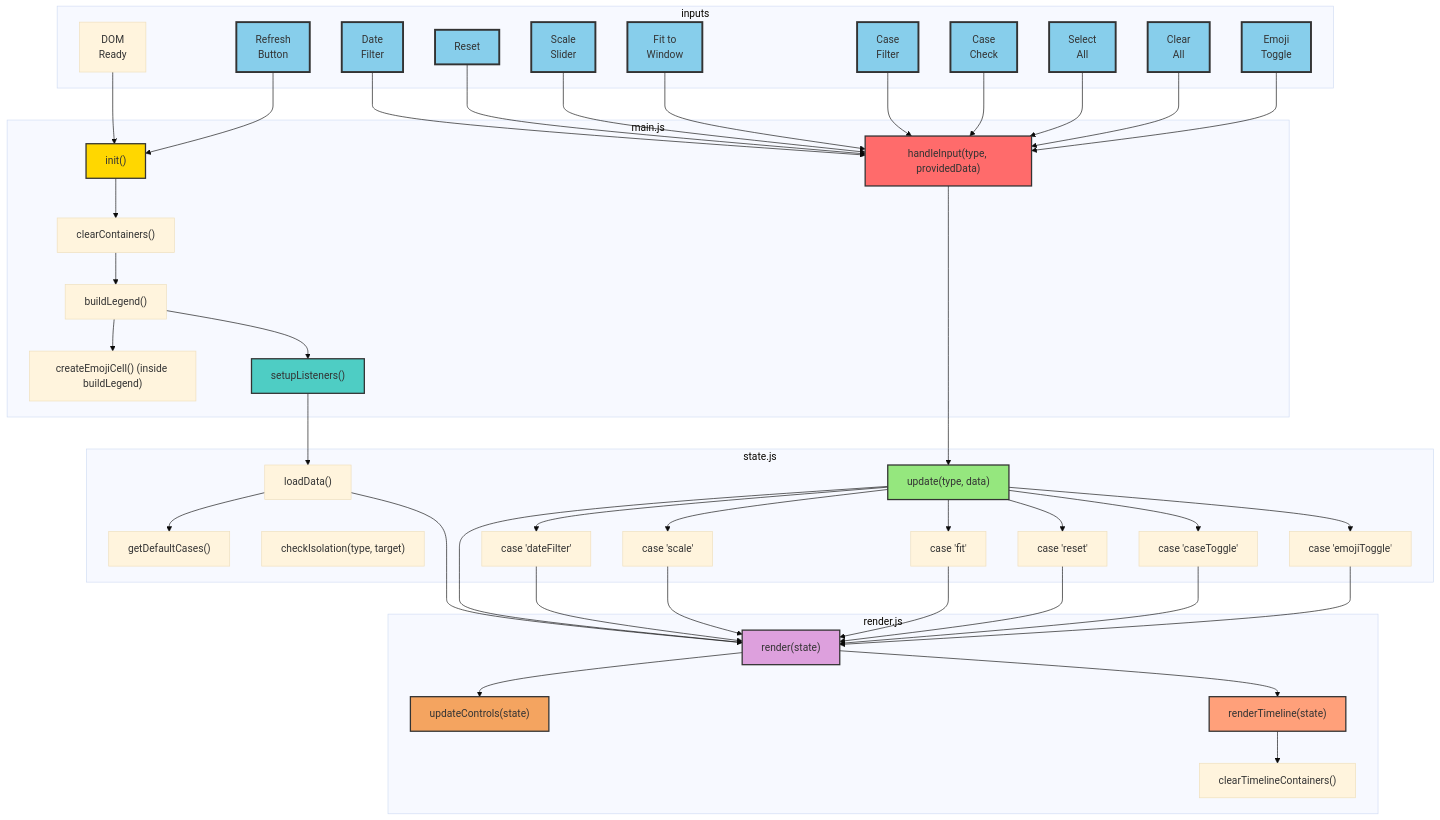
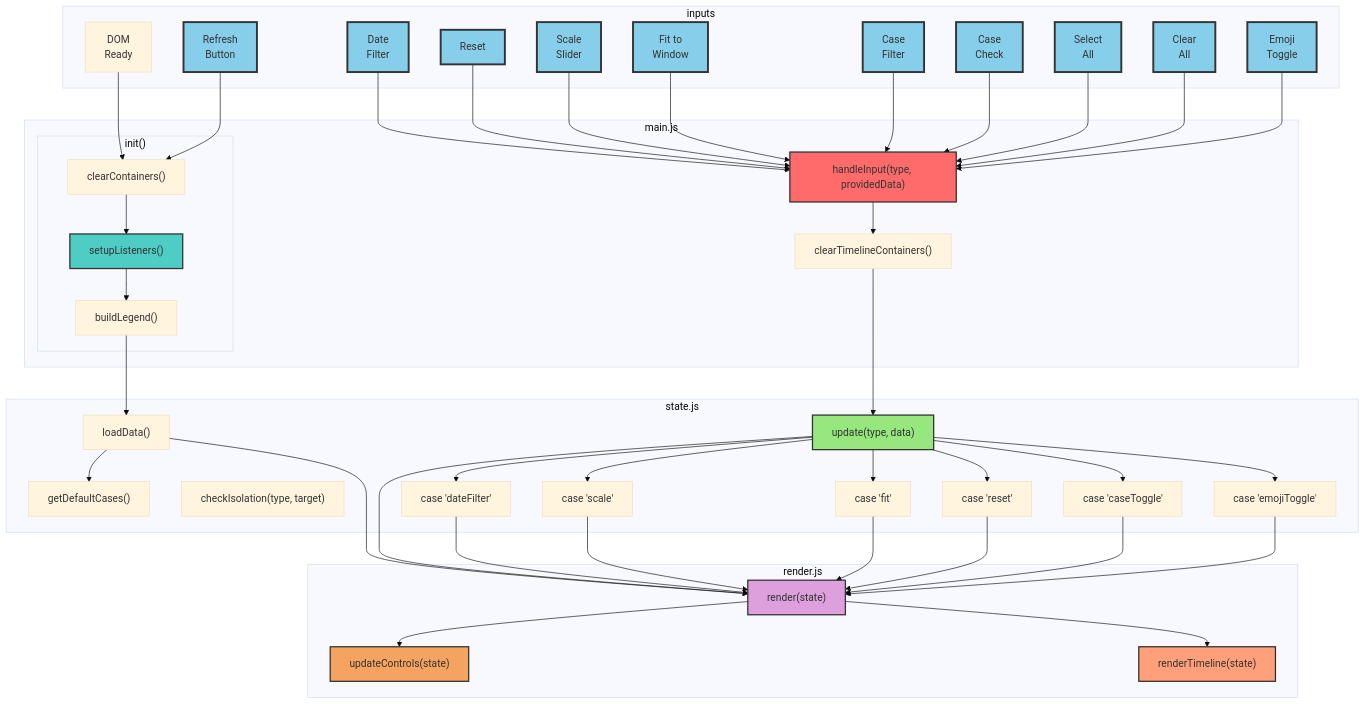
Before and after one commit to tdemelle-SiP/bakers_pond: the diagram in Resources/js-v2/architecture.md, drawn with Mermaid (base theme). The commit also changed 10 other files, not shown here.

Commit message:
timeline works

```diff
--- a/Resources/js-v2/architecture.md
+++ b/Resources/js-v2/architecture.md
@@ -22,11 +22,12 @@
     end
     
     subgraph "main.js"
-        init["init()"]:::initStyle
-        buildLegend["buildLegend()"]
-        createEmojiCell["createEmojiCell() (inside buildLegend)"]
-        clearContainers["clearContainers()"]
-        setupListeners["setupListeners()"]:::setupStyle
+        subgraph "init()"
+            clearContainers["clearContainers()"]
+            setupListeners["setupListeners()"]:::setupStyle
+            buildLegend["buildLegend()"]
+        end
+        clearTimelineContainers["clearTimelineContainers()"]
         handleInput["handleInput(type, providedData)"]:::handleInputStyle
     end
     
@@ -47,12 +48,11 @@
         render["render(state)"]:::renderStyle
         updateControls["updateControls(state)"]:::updateControlsStyle
         renderTimeline["renderTimeline(state)"]:::renderTimelineStyle
-        clearTimelineContainers["clearTimelineContainers()"]
     end
     
     %% Input connections
-    DOM --> init
-    RefreshBtn --> init
+    DOM --> clearContainers
+    RefreshBtn --> clearContainers
     DateFilterBtn --> handleInput
     ResetBtn --> handleInput
     ScaleSlider --> handleInput
@@ -63,13 +63,14 @@
     ClearAllBtn --> handleInput
     EmojiCheckbox --> handleInput
     
-    %% Main.js connections
-    init --> clearContainers
-    clearContainers --> buildLegend
-    buildLegend --> createEmojiCell
-    buildLegend --> setupListeners
-    setupListeners --> loadData
-    handleInput --> update
+    %% Main.js init() sequence
+    clearContainers --> setupListeners
+    setupListeners --> buildLegend
+    buildLegend --> loadData
+    
+    %% handleInput sequence (for some input types)
+    handleInput --> clearTimelineContainers
+    clearTimelineContainers --> update
     
     %% State.js connections
     loadData --> getDefaultCases
@@ -93,7 +94,6 @@
     %% Render.js connections
     render --> updateControls
     render --> renderTimeline
-    renderTimeline --> clearTimelineContainers
     
     classDef userInput fill:#87ceeb,stroke:#333,stroke-width:3px
     classDef initStyle fill:#ffd700,stroke:#333,stroke-width:2px
```
